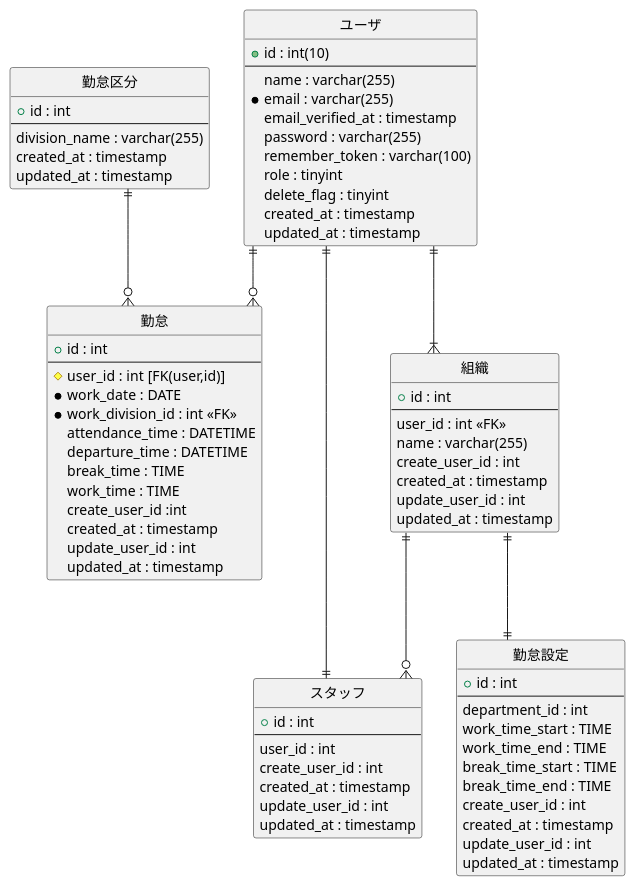
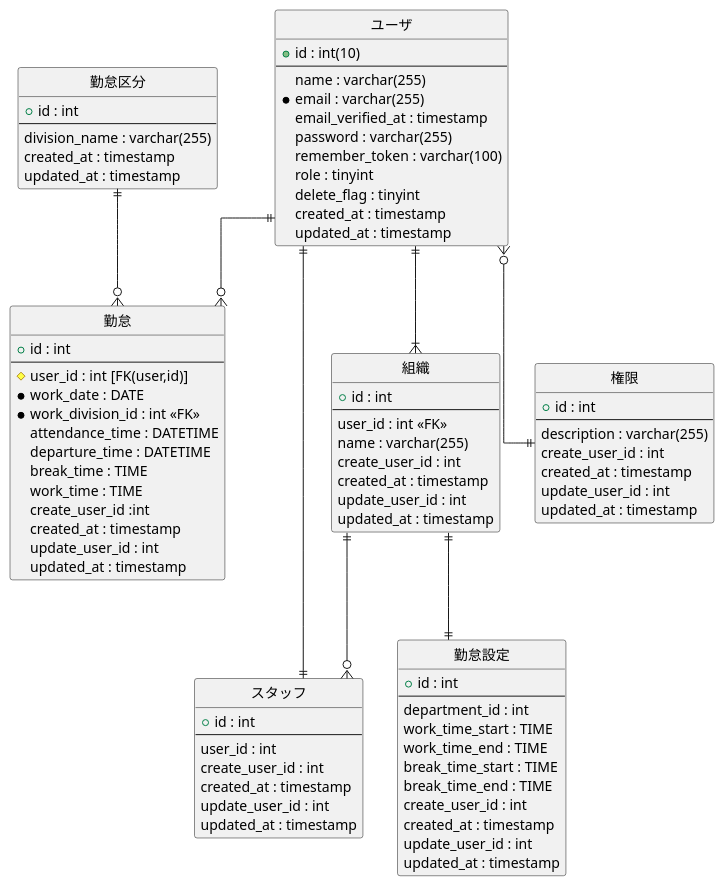
Before and after one commit to Nke0628/work-app: the diagram in uml/DB設計/ER図.puml, drawn with PlantUML. The commit also changed 6 other files, not shown here.

```diff
--- a/uml/DB設計/ER図.puml
+++ b/uml/DB設計/ER図.puml
@@ -1,85 +1,96 @@
 @startuml
 hide circle
 skinparam linetype ortho
 
 entity "ユーザ" as user {
   +id : int(10)
   --
   name : varchar(255)
   *email : varchar(255)
   email_verified_at : timestamp
   password : varchar(255)
   remember_token : varchar(100)
   role : tinyint
   delete_flag : tinyint
   created_at : timestamp
   updated_at : timestamp
 }
 
 entity "勤怠" as attendance {
   +id : int
   --
   #user_id : int [FK(user,id)]
   *work_date : DATE
   *work_division_id : int <<FK>>
   attendance_time : DATETIME
   departure_time : DATETIME
   break_time : TIME
   work_time : TIME
   create_user_id :int
   created_at : timestamp
   update_user_id : int
   updated_at : timestamp
 }
 
 entity "勤怠設定" as attendance_propaty {
     +id : int
     --
     department_id : int
     work_time_start : TIME
     work_time_end : TIME
     break_time_start : TIME
     break_time_end : TIME
     create_user_id : int
     created_at : timestamp
     update_user_id : int
     updated_at : timestamp
 }
 
 entity "勤怠区分" as work_division {
   +id : int
   --
   division_name : varchar(255)
   created_at : timestamp
   updated_at : timestamp
 }
 
 entity "スタッフ" as staff {
   +id : int
   --
   user_id : int
   create_user_id : int
   created_at : timestamp
   update_user_id : int
   updated_at : timestamp
 }
 
 entity "組織" as department {
   +id : int
   --
   user_id : int <<FK>>
   name : varchar(255)
   create_user_id : int
   created_at : timestamp
   update_user_id : int
   updated_at : timestamp
 }
 
+entity "権限" as role {
+  +id : int
+  --
+  description : varchar(255)
+  create_user_id : int
+  created_at : timestamp
+  update_user_id : int
+  updated_at : timestamp
+}
+
 user||--o{attendance
 user||--||staff
 user||--|{department
+user }o--||role
 department||--o{staff
 department||--||attendance_propaty
 work_division||--o{attendance
 
 @enduml
```
